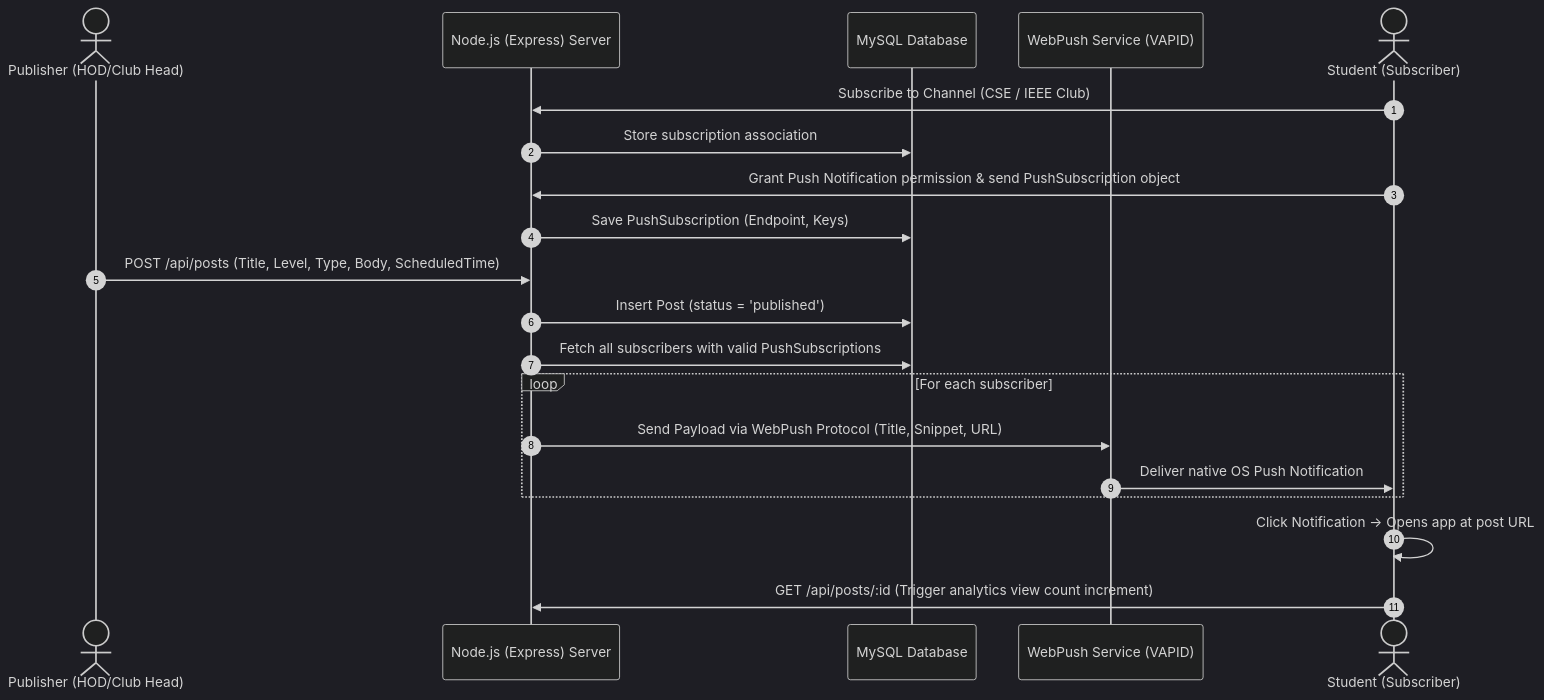
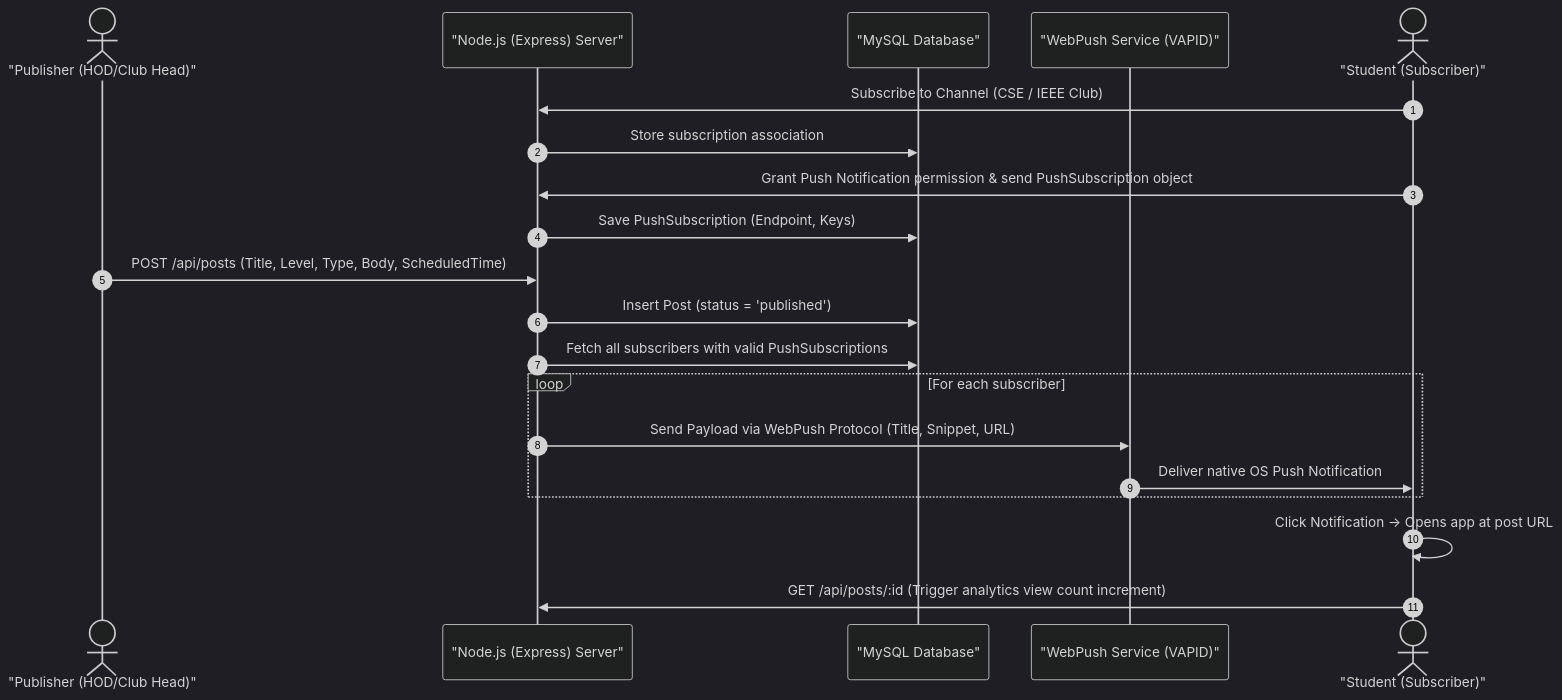
The first of 4 diagrams in PRD.md (123spandu/RVCE_FORUM), drawn with Mermaid (dark theme) before and after one commit. The commit also changed other lines of this file, not shown here.

Commit message:
docs: streamline system architecture by consolidating roles to three tiers and updating ER schema and milestones.

````diff
--- a/PRD.md
+++ b/PRD.md
@@ -26,24 +26,24 @@
 ```mermaid
 sequenceDiagram
     autonumber
-    actor Admin as Publisher (HOD/Club Head)
-    participant Server as Node.js (Express) Server
-    participant DB as MySQL Database
-    participant WP as WebPush Service (VAPID)
-    actor Student as Student (Subscriber)
+    actor Admin as "Publisher (HOD/Club Head)"
+    participant Server as "Node.js (Express) Server"
+    participant DB as "MySQL Database"
+    participant WP as "WebPush Service (VAPID)"
+    actor Student as "Student (Subscriber)"
 
     Student->>Server: Subscribe to Channel (CSE / IEEE Club)
     Server->>DB: Store subscription association
     Student->>Server: Grant Push Notification permission & send PushSubscription object
     Server->>DB: Save PushSubscription (Endpoint, Keys)
     
     Admin->>Server: POST /api/posts (Title, Level, Type, Body, ScheduledTime)
     Server->>DB: Insert Post (status = 'published')
     Server->>DB: Fetch all subscribers with valid PushSubscriptions
     loop For each subscriber
         Server->>WP: Send Payload via WebPush Protocol (Title, Snippet, URL)
         WP->>Student: Deliver native OS Push Notification
     end
     Student->>Student: Click Notification -> Opens app at post URL
     Student->>Server: GET /api/posts/:id (Trigger analytics view count increment)
 ```
````
